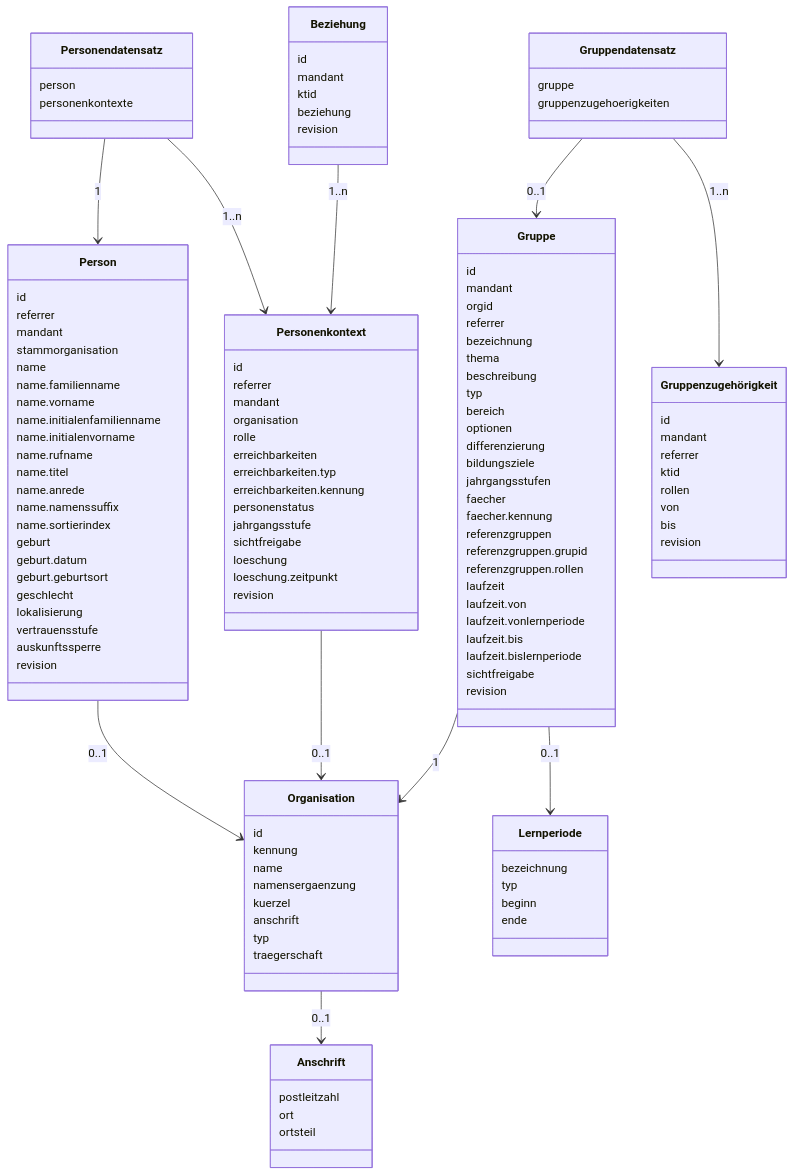
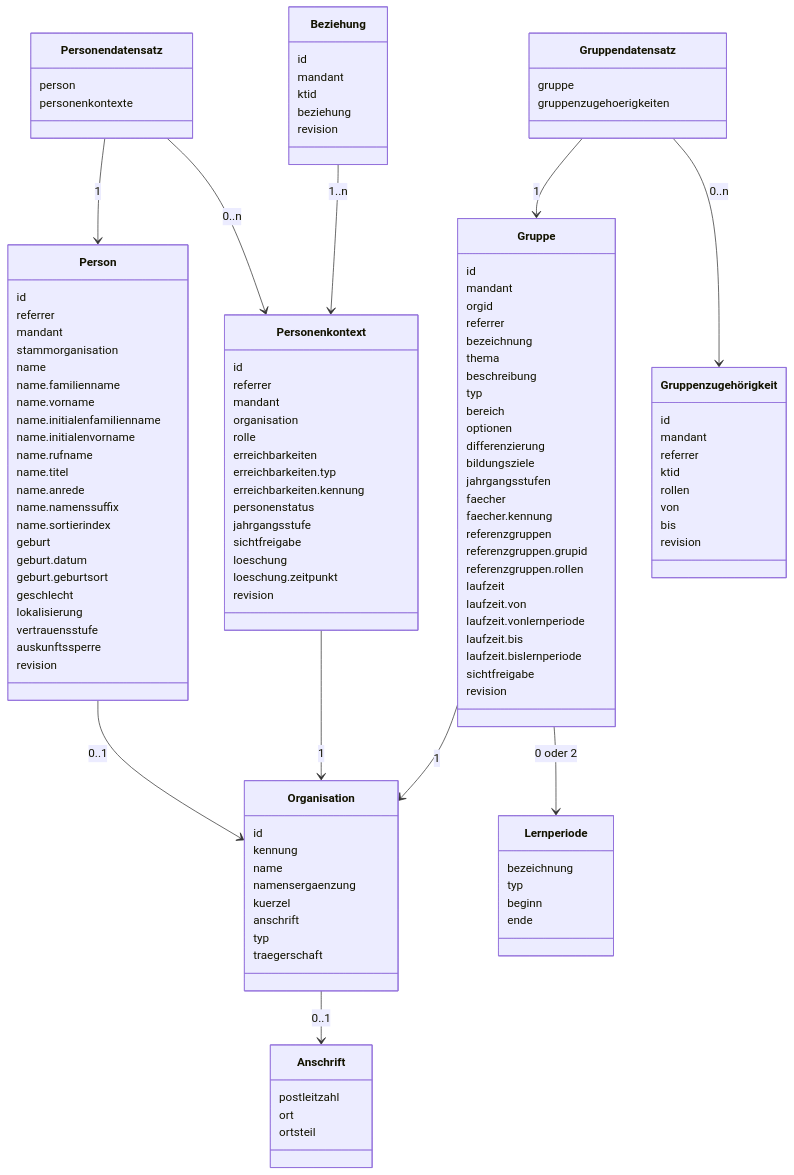
Before and after one commit to Schulconnex/Schulconnex: the diagram in docs/datenmodell/datenmodell.md, drawn with Mermaid.

Commit message:
Passe Kardinalität an als Referenz auf Klassenbezug, statt Attr

````diff
--- a/docs/datenmodell/datenmodell.md
+++ b/docs/datenmodell/datenmodell.md
@@ -12,15 +12,15 @@
 ```mermaid
 classDiagram
   Personendatensatz --> Person : 1
-  Personendatensatz --> Personenkontext : 1..n
+  Personendatensatz --> Personenkontext : 0..n
   Beziehung --> Personenkontext : 1..n
   Person --> Organisation : 0..1
-  Personenkontext --> Organisation : 0..1
+  Personenkontext --> Organisation : 1
   Organisation --> Anschrift : 0..1
   Gruppe --> Organisation : 1
-  Gruppendatensatz --> Gruppe : 0..1
-  Gruppendatensatz --> Gruppenzugehörigkeit : 1..n
-  Gruppe --> Lernperiode : 0..1
+  Gruppendatensatz --> Gruppe : 1
+  Gruppendatensatz --> Gruppenzugehörigkeit : 0..n
+  Gruppe --> Lernperiode : 0 oder 2
   class Personendatensatz {
     person
     personenkontexte
````
